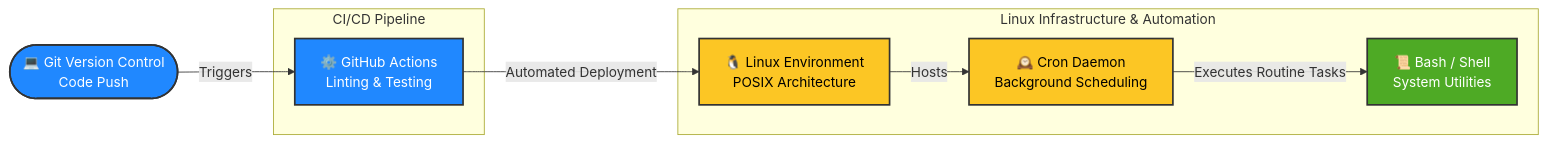
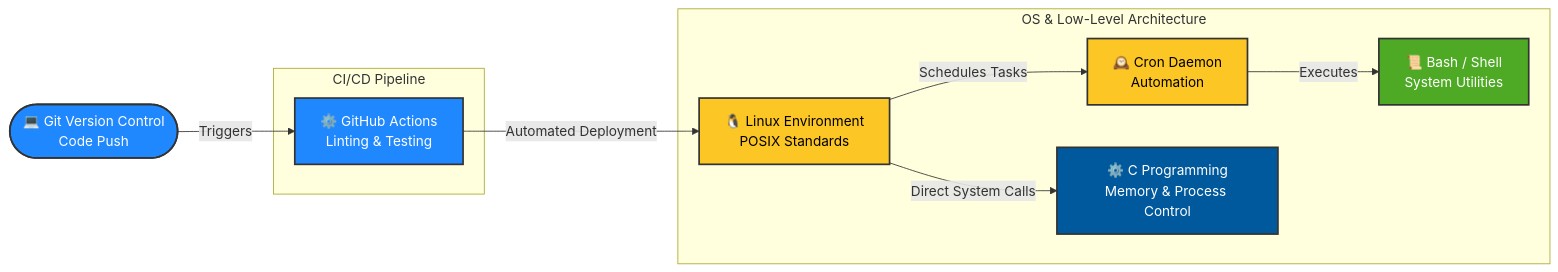
The second of 2 diagrams in README.md (HAMED-PAYANDA/HAMED-PAYANDA), drawn with Mermaid before and after one commit. The commit also changed other lines of this file, not shown here.

Commit message:
Update section title and improve diagram details

````diff
--- a/README.md
+++ b/README.md
@@ -97,26 +97,29 @@
 ```mermaid
 flowchart LR
     %% Defining styles
     classDef devops fill:#2088FF,stroke:#333,stroke-width:2px,color:#fff;
     classDef os fill:#FCC624,stroke:#333,stroke-width:2px,color:#000;
     classDef script fill:#4EAA25,stroke:#333,stroke-width:2px,color:#fff;
+    classDef core fill:#00599C,stroke:#333,stroke-width:2px,color:#fff;
 
     %% Nodes
     Dev([💻 Git Version Control<br/>Code Push]):::devops
     
     subgraph CI/CD Pipeline
         Actions[⚙️ GitHub Actions<br/>Linting & Testing]:::devops
     end
 
-    subgraph Linux Infrastructure & Automation
-        Server[🐧 Linux Environment<br/>POSIX Architecture]:::os
-        Cron[🕰️ Cron Daemon<br/>Background Scheduling]:::os
+    subgraph OS & Low-Level Architecture
+        Server[🐧 Linux Environment<br/>POSIX Standards]:::os
+        Cron[🕰️ Cron Daemon<br/>Automation]:::os
         Bash[📜 Bash / Shell<br/>System Utilities]:::script
+        CProg[⚙️ C Programming<br/>Memory & Process Control]:::core
     end
 
     %% Connections
     Dev -->|Triggers| Actions
     Actions -->|Automated Deployment| Server
-    Server -->|Hosts| Cron
-    Cron -->|Executes Routine Tasks| Bash
+    Server -->|Schedules Tasks| Cron
+    Cron -->|Executes| Bash
+    Server -->|Direct System Calls| CProg
 ```
````
